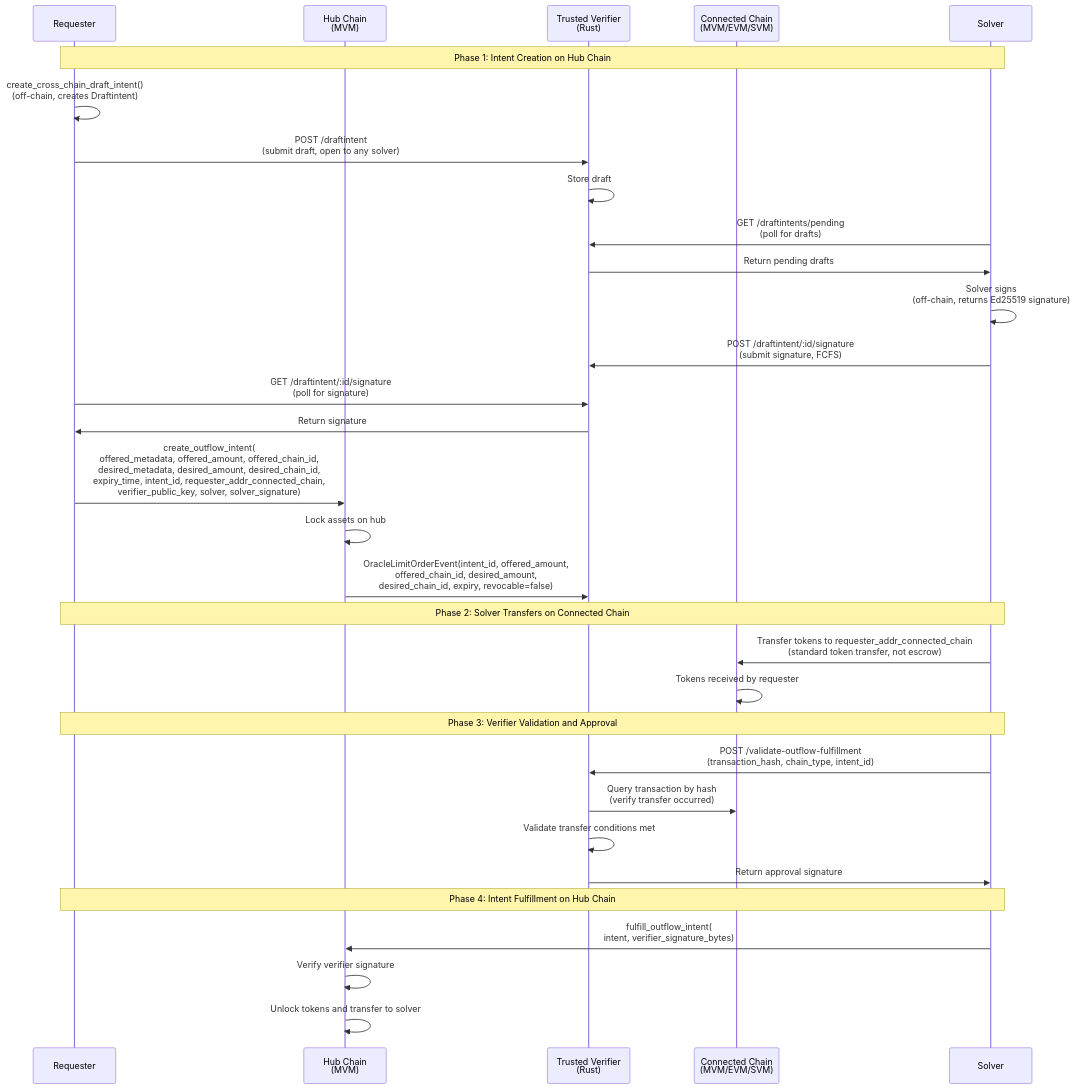
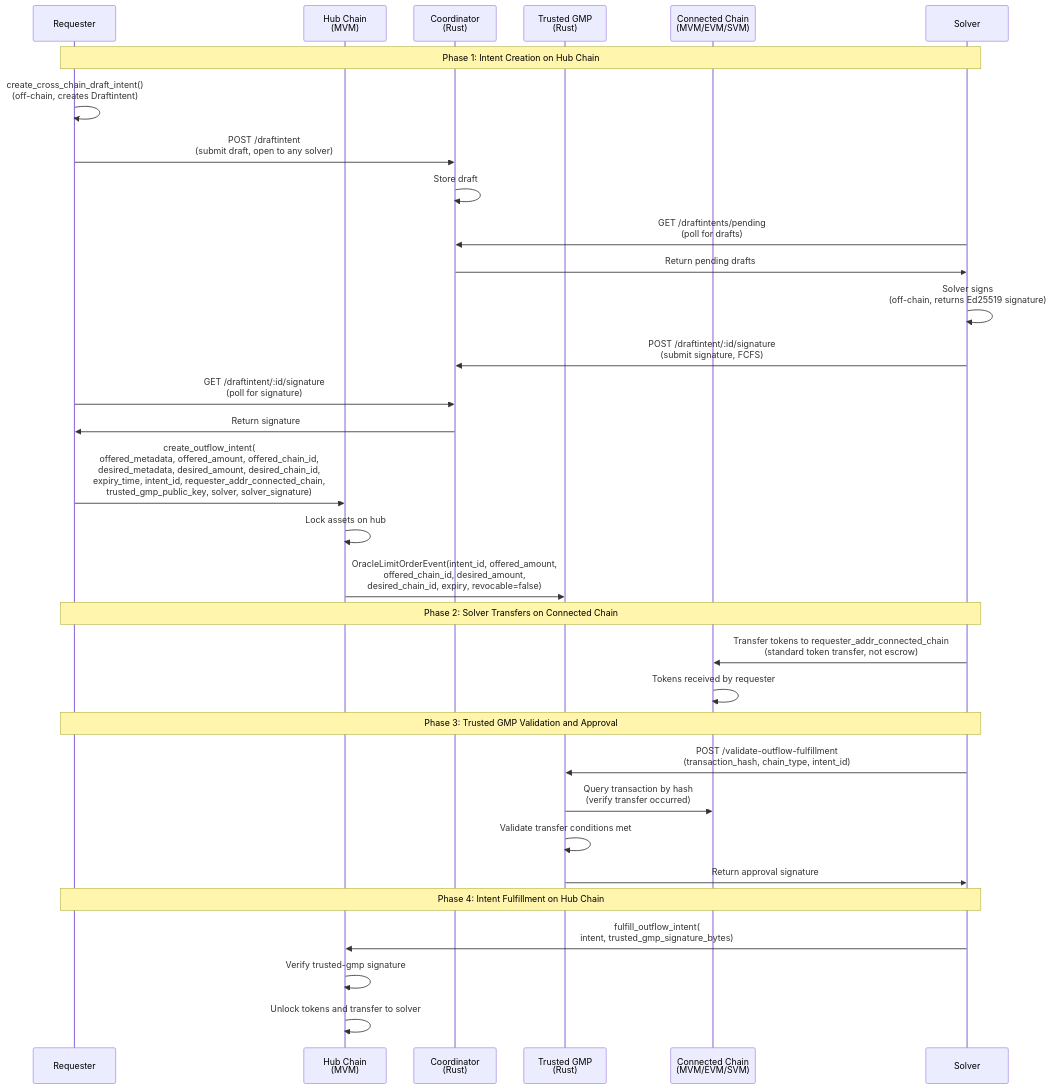
The second of 4 diagrams in docs/protocol.md (apenzk/int3nts), drawn with Mermaid before and after one commit. The commit also changed other lines of this file and 361 other files, not shown here.

First line of the commit message:
refact: Split verifier into coordinator and trusted-gmp (#8)

````diff
--- a/docs/protocol.md
+++ b/docs/protocol.md
@@ -109,37 +111,38 @@
 ```mermaid
 sequenceDiagram
     participant Requester
     participant Hub as Hub Chain<br/>(MVM)
-    participant Verifier as Trusted Verifier<br/>(Rust)
+    participant Coordinator as Coordinator<br/>(Rust)
+    participant TrustedGMP as Trusted GMP<br/>(Rust)
     participant Connected as Connected Chain<br/>(MVM/EVM/SVM)
     participant Solver
 
     Note over Requester,Solver: Phase 1: Intent Creation on Hub Chain
     Requester->>Requester: create_cross_chain_draft_intent()<br/>(off-chain, creates Draftintent)
-    Requester->>Verifier: POST /draftintent<br/>(submit draft, open to any solver)
-    Verifier->>Verifier: Store draft
-    Solver->>Verifier: GET /draftintents/pending<br/>(poll for drafts)
-    Verifier->>Solver: Return pending drafts
+    Requester->>Coordinator: POST /draftintent<br/>(submit draft, open to any solver)
+    Coordinator->>Coordinator: Store draft
+    Solver->>Coordinator: GET /draftintents/pending<br/>(poll for drafts)
+    Coordinator->>Solver: Return pending drafts
     Solver->>Solver: Solver signs<br/>(off-chain, returns Ed25519 signature)
-    Solver->>Verifier: POST /draftintent/:id/signature<br/>(submit signature, FCFS)
-    Requester->>Verifier: GET /draftintent/:id/signature<br/>(poll for signature)
-    Verifier->>Requester: Return signature
-    Requester->>Hub: create_outflow_intent(<br/>offered_metadata, offered_amount, offered_chain_id,<br/>desired_metadata, desired_amount, desired_chain_id,<br/>expiry_time, intent_id, requester_addr_connected_chain,<br/>verifier_public_key, solver, solver_signature)
+    Solver->>Coordinator: POST /draftintent/:id/signature<br/>(submit signature, FCFS)
+    Requester->>Coordinator: GET /draftintent/:id/signature<br/>(poll for signature)
+    Coordinator->>Requester: Return signature
+    Requester->>Hub: create_outflow_intent(<br/>offered_metadata, offered_amount, offered_chain_id,<br/>desired_metadata, desired_amount, desired_chain_id,<br/>expiry_time, intent_id, requester_addr_connected_chain,<br/>trusted_gmp_public_key, solver, solver_signature)
     Hub->>Hub: Lock assets on hub
-    Hub->>Verifier: OracleLimitOrderEvent(intent_id, offered_amount,<br/>offered_chain_id, desired_amount,<br/>desired_chain_id, expiry, revocable=false)
+    Hub->>TrustedGMP: OracleLimitOrderEvent(intent_id, offered_amount,<br/>offered_chain_id, desired_amount,<br/>desired_chain_id, expiry, revocable=false)
 
     Note over Requester,Solver: Phase 2: Solver Transfers on Connected Chain
     Solver->>Connected: Transfer tokens to requester_addr_connected_chain<br/>(standard token transfer, not escrow)
     Connected->>Connected: Tokens received by requester
 
-    Note over Requester,Solver: Phase 3: Verifier Validation and Approval
-    Solver->>Verifier: POST /validate-outflow-fulfillment<br/>(transaction_hash, chain_type, intent_id)
-    Verifier->>Connected: Query transaction by hash<br/>(verify transfer occurred)
-    Verifier->>Verifier: Validate transfer conditions met
-    Verifier->>Solver: Return approval signature
+    Note over Requester,Solver: Phase 3: Trusted GMP Validation and Approval
+    Solver->>TrustedGMP: POST /validate-outflow-fulfillment<br/>(transaction_hash, chain_type, intent_id)
+    TrustedGMP->>Connected: Query transaction by hash<br/>(verify transfer occurred)
+    TrustedGMP->>TrustedGMP: Validate transfer conditions met
+    TrustedGMP->>Solver: Return approval signature
 
     Note over Requester,Solver: Phase 4: Intent Fulfillment on Hub Chain
-    Solver->>Hub: fulfill_outflow_intent(<br/>intent, verifier_signature_bytes)
-    Hub->>Hub: Verify verifier signature
+    Solver->>Hub: fulfill_outflow_intent(<br/>intent, trusted_gmp_signature_bytes)
+    Hub->>Hub: Verify trusted-gmp signature
     Hub->>Hub: Unlock tokens and transfer to solver
 ```
````
